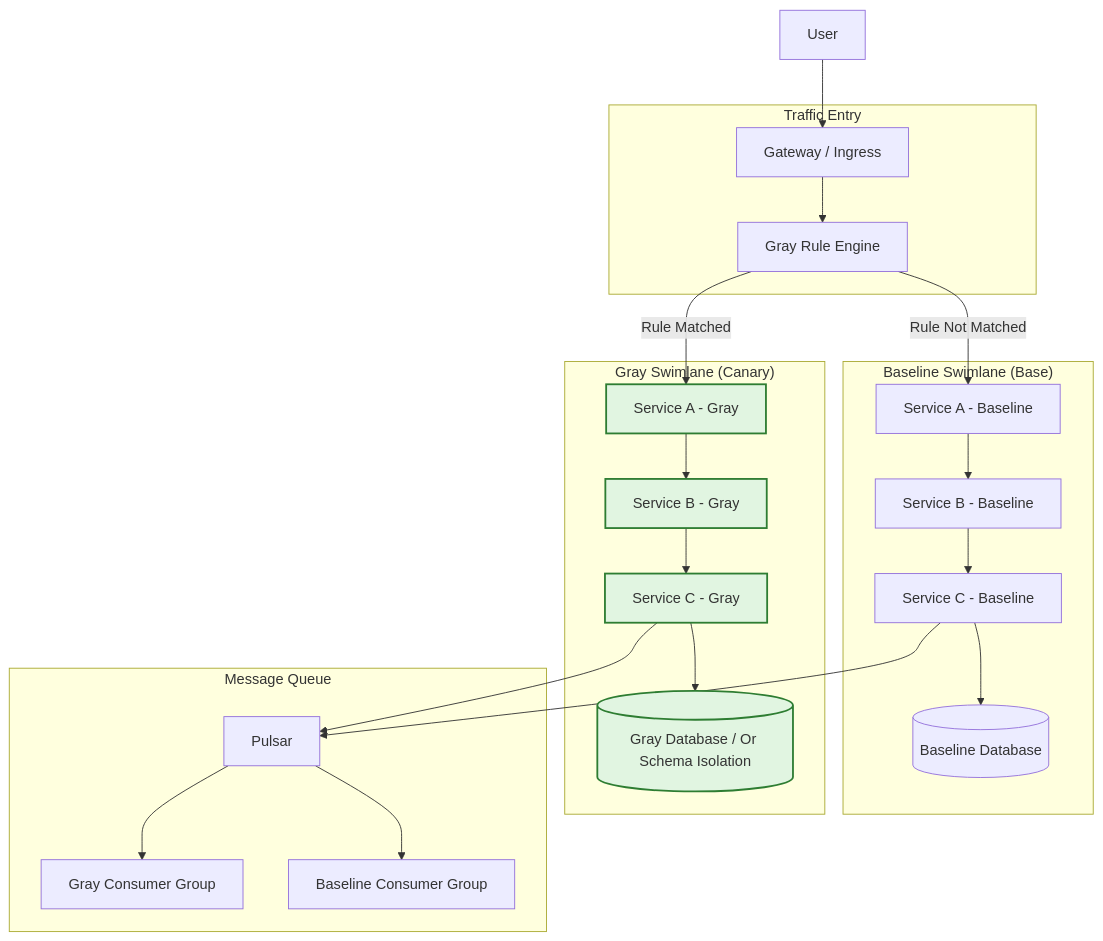
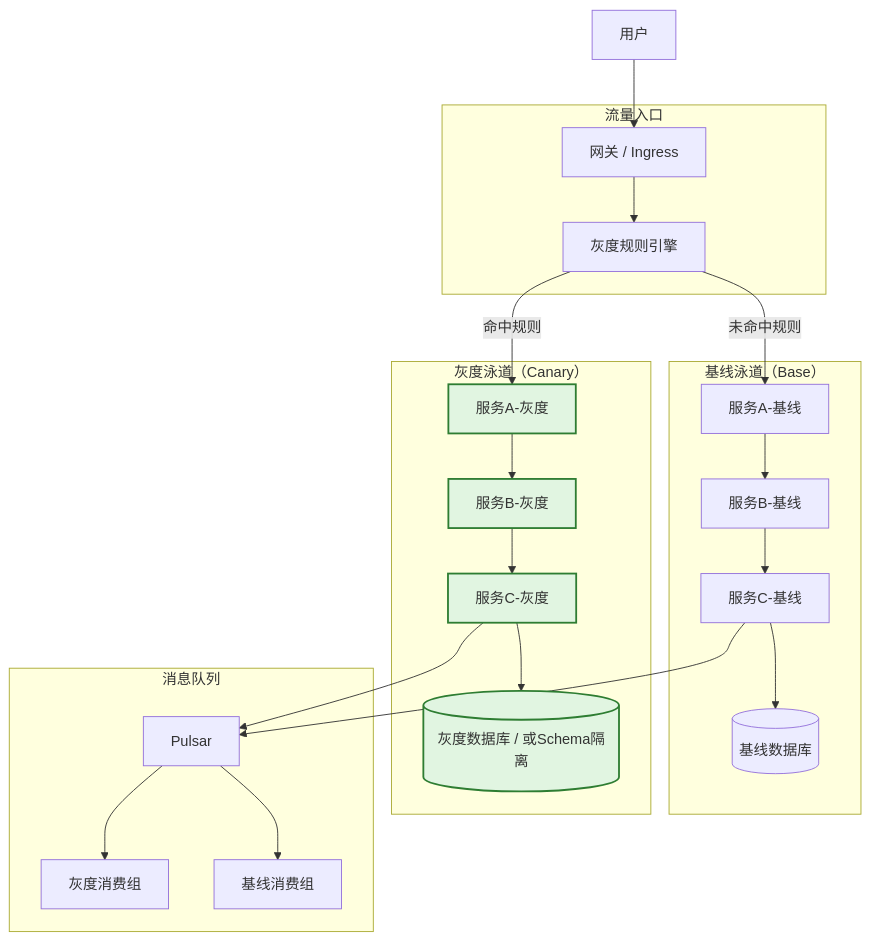
One commit to Kirky-X/cangjie changed the fifth of 9 diagrams in templates/Product/Delivery/Template-Canary-Plan.md. Above: the diagram before and after it, drawn with Mermaid. The commit also changed other lines of this file and 33 other files, not shown here.

````diff
--- a/templates/Product/Delivery/Template-Canary-Plan.md
+++ b/templates/Product/Delivery/Template-Canary-Plan.md
@@ -228,43 +228,43 @@
 ```mermaid
 graph TB
-    subgraph "Traffic Entry"
-        GW["Gateway / Ingress"]
-        RULE["Gray Rule Engine"]
+    subgraph "流量入口"
+        GW["网关 / Ingress"]
+        RULE["灰度规则引擎"]
     end
 
-    subgraph "Baseline Swimlane (Base)"
-        B1["Service A - Baseline"]
-        B2["Service B - Baseline"]
-        B3["Service C - Baseline"]
-        B_DB[("Baseline Database")]
+    subgraph "基线泳道（Base）"
+        B1["服务A-基线"]
+        B2["服务B-基线"]
+        B3["服务C-基线"]
+        B_DB[("基线数据库")]
     end
 
-    subgraph "Gray Swimlane (Canary)"
-        C1["Service A - Gray"]
-        C2["Service B - Gray"]
-        C3["Service C - Gray"]
-        C_DB[("Gray Database / Or Schema Isolation")]
+    subgraph "灰度泳道（Canary）"
+        C1["服务A-灰度"]
+        C2["服务B-灰度"]
+        C3["服务C-灰度"]
+        C_DB[("灰度数据库 / 或Schema隔离")]
     end
 
-    subgraph "Message Queue"
+    subgraph "消息队列"
         MQ["Pulsar"]
-        MQ_GRAY["Gray Consumer Group"]
-        MQ_BASE["Baseline Consumer Group"]
+        MQ_GRAY["灰度消费组"]
+        MQ_BASE["基线消费组"]
     end
 
-    U[User] --> GW
+    U[用户] --> GW
     GW --> RULE
-    RULE -->|Rule Not Matched| B1
-    RULE -->|Rule Matched| C1
+    RULE -->|未命中规则| B1
+    RULE -->|命中规则| C1
 
     B1 --> B2 --> B3 --> B_DB
     C1 --> C2 --> C3 --> C_DB
 
     B3 --> MQ --> MQ_BASE
     C3 --> MQ --> MQ_GRAY
 
     style C1 fill:#e1f5e1,stroke:#2e7d32,stroke-width:2px
     style C2 fill:#e1f5e1,stroke:#2e7d32,stroke-width:2px
     style C3 fill:#e1f5e1,stroke:#2e7d32,stroke-width:2px
     style C_DB fill:#e1f5e1,stroke:#2e7d32,stroke-width:2px
 ```
````
